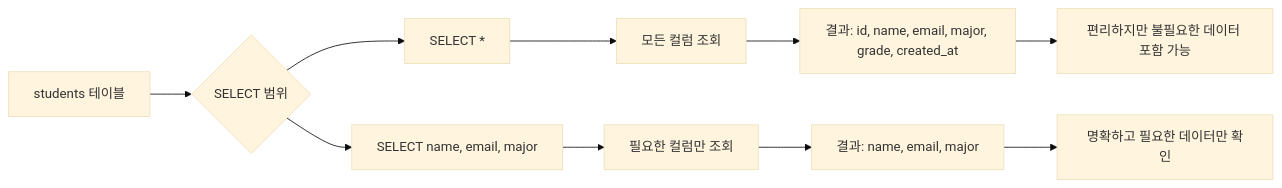
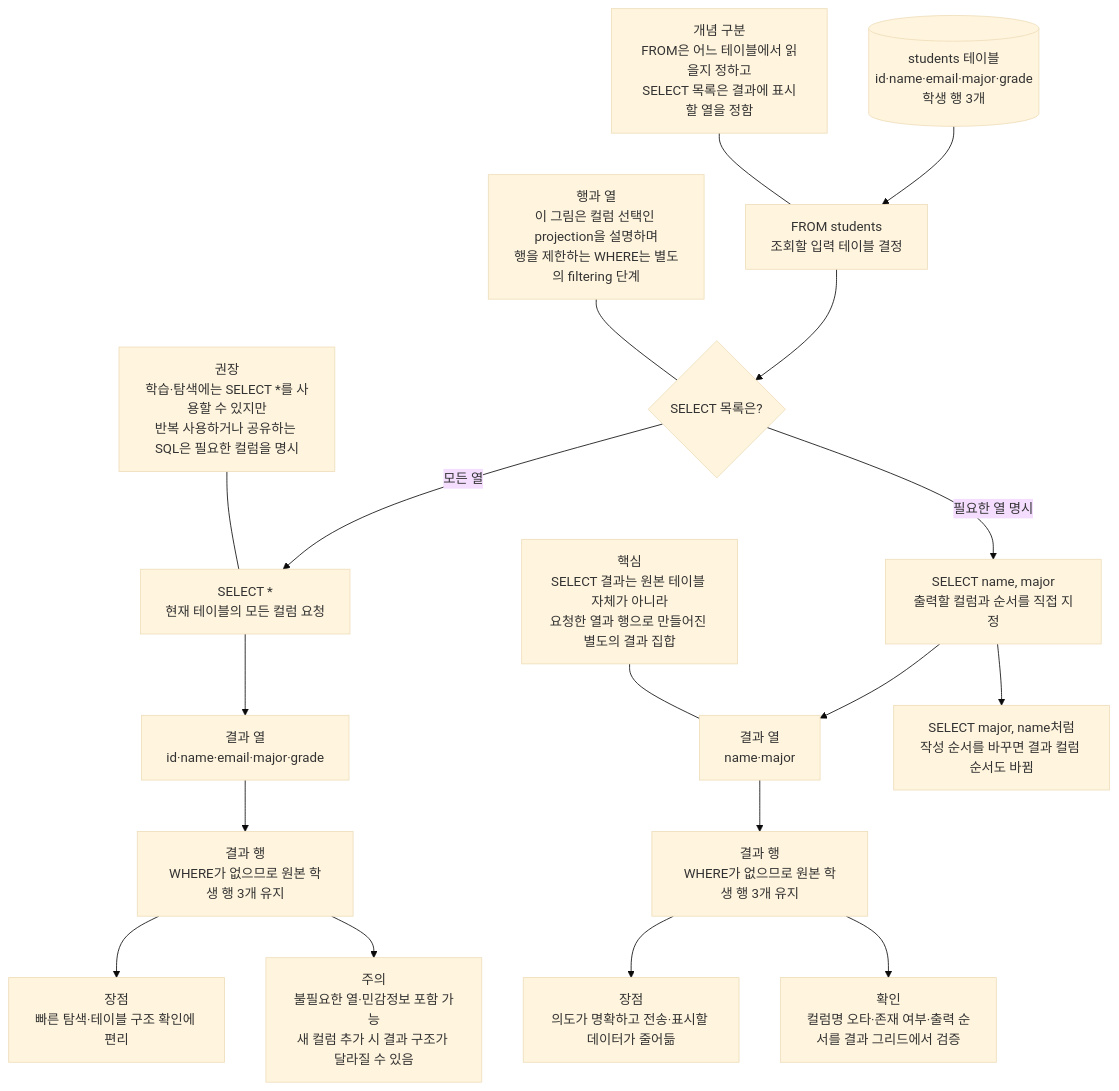
One commit to GilbertMoon/ai-database-book changed the diagram in images/chapter04/ch04_02_select_projection_flow.mmd. Above: the diagram before and after it, drawn with Mermaid (base theme).

Commit message:
Refine chapter 4 SELECT projection flow source

```diff
--- a/images/chapter04/ch04_02_select_projection_flow.mmd
+++ b/images/chapter04/ch04_02_select_projection_flow.mmd
@@ -1,14 +1,25 @@
-flowchart LR
-    A[students 테이블] --> B{SELECT 범위}
+flowchart TB
+    A[(students 테이블<br/>id·name·email·major·grade<br/>학생 행 3개)] --> B[FROM students<br/>조회할 입력 테이블 결정]
+    B --> C{SELECT 목록은?}
 
-    B --> C[SELECT *]
-    B --> D[SELECT name, email, major]
+    C -- 모든 열 --> D[SELECT *<br/>현재 테이블의 모든 컬럼 요청]
+    C -- 필요한 열 명시 --> E[SELECT name, major<br/>출력할 컬럼과 순서를 직접 지정]
 
-    C --> C1[모든 컬럼 조회]
-    D --> D1[필요한 컬럼만 조회]
+    D --> D1[결과 열<br/>id·name·email·major·grade]
+    E --> E1[결과 열<br/>name·major]
 
-    C1 --> E[결과: id, name, email, major, grade, created_at]
-    D1 --> F[결과: name, email, major]
+    D1 --> R1[결과 행<br/>WHERE가 없으므로 원본 학생 행 3개 유지]
+    E1 --> R2[결과 행<br/>WHERE가 없으므로 원본 학생 행 3개 유지]
 
-    E --> G[편리하지만 불필요한 데이터 포함 가능]
-    F --> H[명확하고 필요한 데이터만 확인]
+    R1 --> V1[장점<br/>빠른 탐색·테이블 구조 확인에 편리]
+    R1 --> W1[주의<br/>불필요한 열·민감정보 포함 가능<br/>새 컬럼 추가 시 결과 구조가 달라질 수 있음]
+
+    R2 --> V2[장점<br/>의도가 명확하고 전송·표시할 데이터가 줄어듦]
+    R2 --> W2[확인<br/>컬럼명 오타·존재 여부·출력 순서를 결과 그리드에서 검증]
+
+    E --> O[SELECT major, name처럼<br/>작성 순서를 바꾸면 결과 컬럼 순서도 바뀜]
+
+    N1[개념 구분<br/>FROM은 어느 테이블에서 읽을지 정하고<br/>SELECT 목록은 결과에 표시할 열을 정함] --- B
+    N2[행과 열<br/>이 그림은 컬럼 선택인 projection을 설명하며<br/>행을 제한하는 WHERE는 별도의 filtering 단계] --- C
+    N3[권장<br/>학습·탐색에는 SELECT *를 사용할 수 있지만<br/>반복 사용하거나 공유하는 SQL은 필요한 컬럼을 명시] --- D
+    N4[핵심<br/>SELECT 결과는 원본 테이블 자체가 아니라<br/>요청한 열과 행으로 만들어진 별도의 결과 집합] --- E1
```
